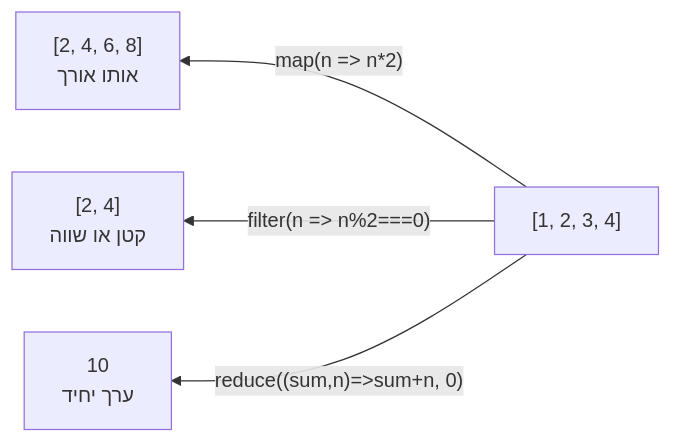
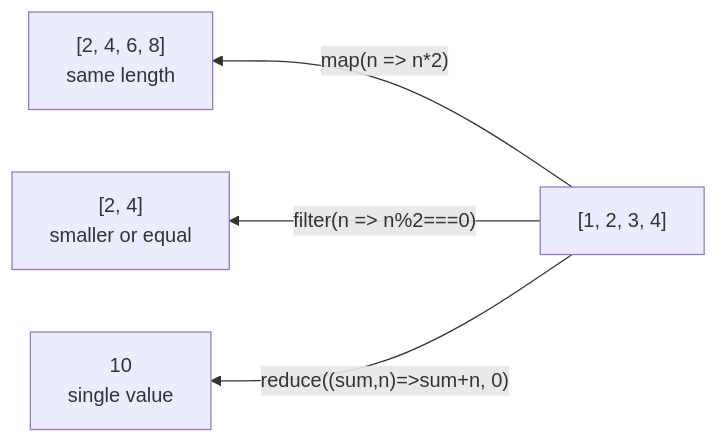
Before and after one commit to neriyaMalachi/FullStack_kodkode_5: the diagram in content/docs/javascript/9-js-array-methods-content.md, drawn with Mermaid. The commit also changed other lines of this file and 117 other files, not shown here.

````diff
--- a/content/docs/javascript/9-js-array-methods-content.md
+++ b/content/docs/javascript/9-js-array-methods-content.md
@@ -44,9 +44,9 @@
 ```mermaid
 flowchart RL
     A["[1, 2, 3, 4]"] -->|"map(n => n*2)"| B["[2, 4, 6, 8]
-    אותו אורך"]
+    same length"]
     A -->|"filter(n => n%2===0)"| C["[2, 4]
-    קטן או שווה"]
+    smaller or equal"]
     A -->|"reduce((sum,n)=>sum+n, 0)"| D["10
-    ערך יחיד"]
+    single value"]
 ```
````
